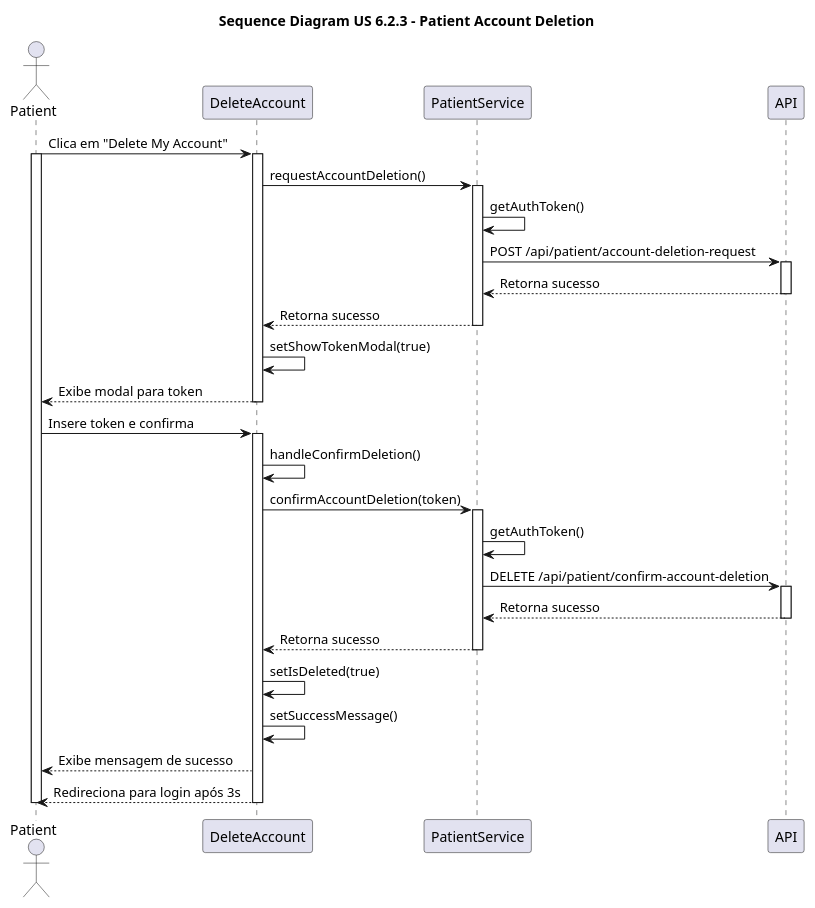
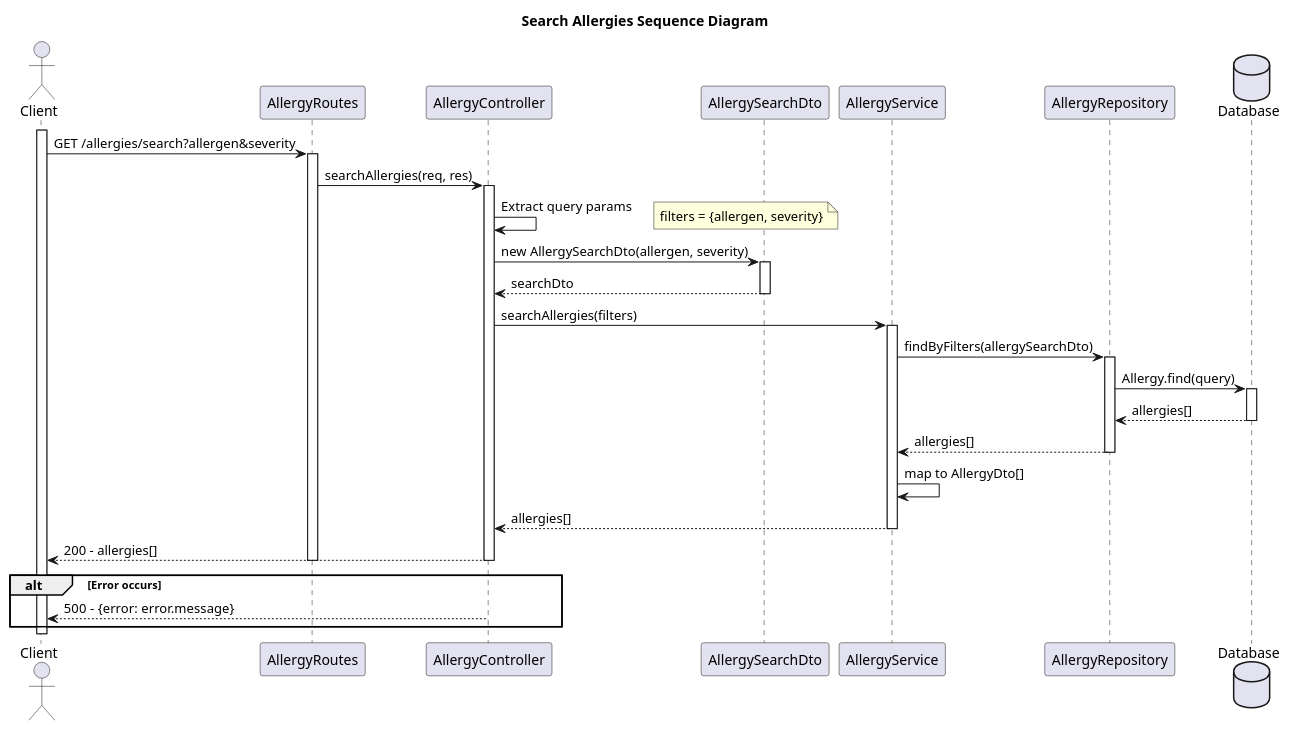
The diagram in docs/Sprint3/US 7.2.3/SD.puml (HugBar/3DC_G17), drawn with PlantUML before and after one commit. The commit also changed 5 other files, not shown here.

```diff
--- a/docs/Sprint3/US 7.2.3/SD.puml
+++ b/docs/Sprint3/US 7.2.3/SD.puml
@@ -1,44 +1,55 @@
 @startuml
-title "Sequence Diagram US 6.2.3 - Patient Account Deletion"
+title "Search Allergies Sequence Diagram"
 
-actor Patient
-participant DeleteAccount
-participant PatientService
-participant API
+actor Client
+participant AllergyRoutes
+participant AllergyController
+participant AllergySearchDto
+participant AllergyService
+participant AllergyRepository
+database Database
 
+activate Client
+Client -> AllergyRoutes: GET /allergies/search?allergen&severity
+activate AllergyRoutes
 
-Patient->DeleteAccount: Clica em "Delete My Account"
-activate Patient
-activate DeleteAccount
-DeleteAccount->PatientService: requestAccountDeletion()
-activate PatientService
-PatientService->PatientService: getAuthToken()
-PatientService->API: POST /api/patient/account-deletion-request
-activate API
-API-->PatientService: Retorna sucesso
-deactivate API
-PatientService-->DeleteAccount: Retorna sucesso
-deactivate PatientService
-DeleteAccount->DeleteAccount: setShowTokenModal(true)
-DeleteAccount-->Patient: Exibe modal para token
-deactivate DeleteAccount
-Patient->DeleteAccount: Insere token e confirma
-activate DeleteAccount
-DeleteAccount->DeleteAccount: handleConfirmDeletion()
-DeleteAccount->PatientService: confirmAccountDeletion(token)
-activate PatientService
-PatientService->PatientService: getAuthToken()
-PatientService->API: DELETE /api/patient/confirm-account-deletion
-activate API
-API-->PatientService: Retorna sucesso
-deactivate API
-PatientService-->DeleteAccount: Retorna sucesso
-deactivate PatientService
-DeleteAccount->DeleteAccount: setIsDeleted(true)
-DeleteAccount->DeleteAccount: setSuccessMessage()
-DeleteAccount-->Patient: Exibe mensagem de sucesso
-DeleteAccount-->Patient: Redireciona para login após 3s
+AllergyRoutes -> AllergyController: searchAllergies(req, res)
+activate AllergyController
 
-deactivate DeleteAccount
-deactivate Patient
+AllergyController -> AllergyController: Extract query params
+note right: filters = {allergen, severity}
+
+AllergyController -> AllergySearchDto: new AllergySearchDto(allergen, severity)
+activate AllergySearchDto
+AllergySearchDto --> AllergyController: searchDto
+deactivate AllergySearchDto
+
+AllergyController -> AllergyService: searchAllergies(filters)
+activate AllergyService
+
+AllergyService -> AllergyRepository: findByFilters(allergySearchDto)
+activate AllergyRepository
+
+AllergyRepository -> Database: Allergy.find(query)
+activate Database
+Database --> AllergyRepository: allergies[]
+deactivate Database
+
+AllergyRepository --> AllergyService: allergies[]
+deactivate AllergyRepository
+
+AllergyService -> AllergyService: map to AllergyDto[]
+AllergyService --> AllergyController: allergies[]
+deactivate AllergyService
+
+AllergyController --> Client: 200 - allergies[]
+deactivate AllergyController
+deactivate AllergyRoutes
+
+alt Error occurs
+    AllergyController --> Client: 500 - {error: error.message}
+end
+
+deactivate Client
+
 @enduml
```
